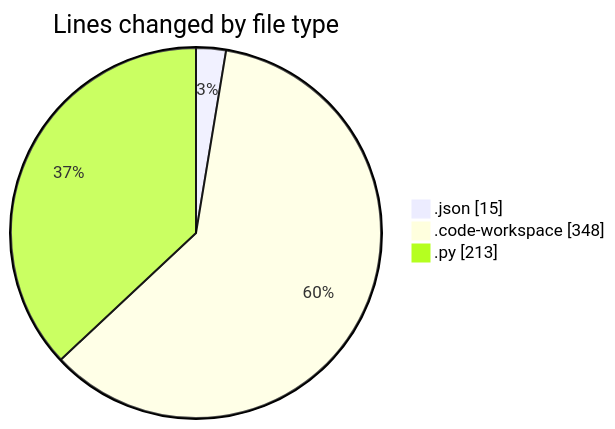
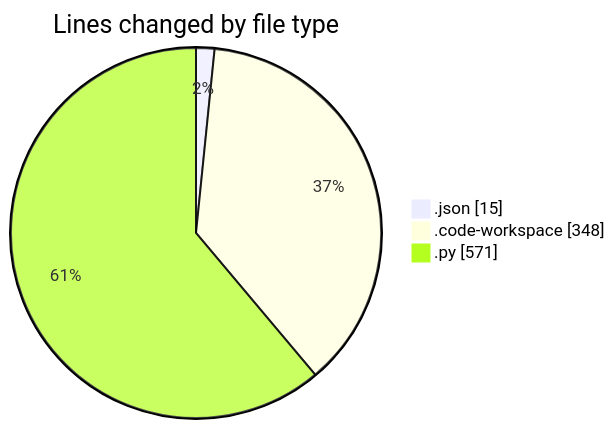
The first of 2 diagrams in 2025-02-25/myws__workspace_/README.md (MatusMokan/code-tracking), drawn with Mermaid before and after one commit. The commit also changed other lines of this file and 1 other file, not shown here.

````diff
--- a/2025-02-25/myws__workspace_/README.md
+++ b/2025-02-25/myws__workspace_/README.md
@@ -23,7 +24,7 @@
 ```mermaid
 pie showData
 title Lines changed by file type
 ".json" : 15
 ".code-workspace" : 348
-".py" : 213
+".py" : 571
 ```
````
